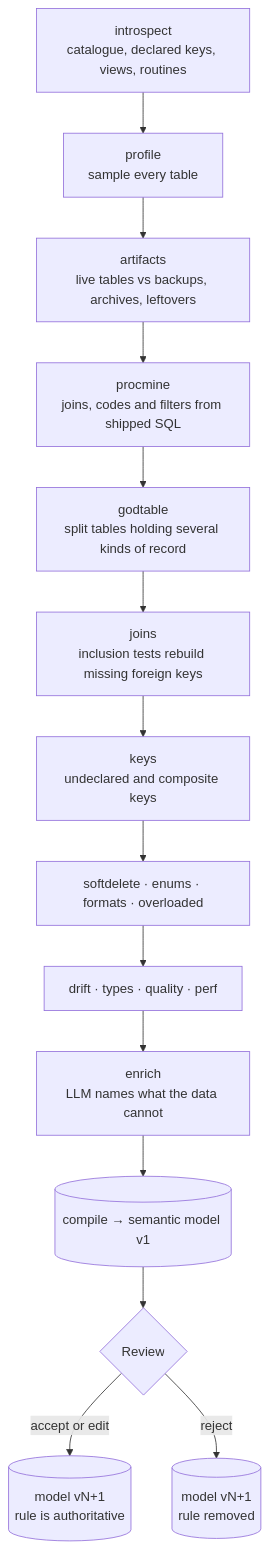
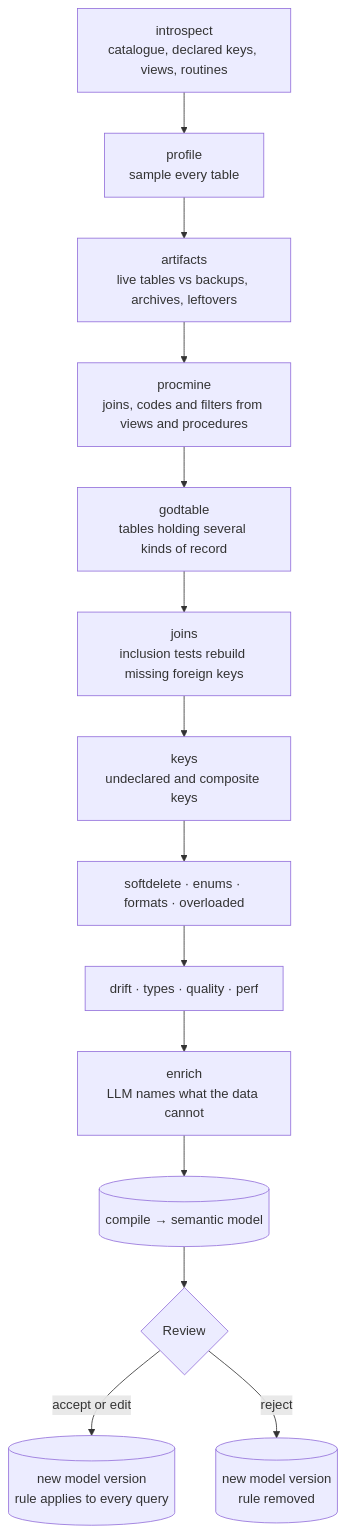
The second of 7 diagrams in README.md (waleed-w-maqbool-m/stratum), drawn with Mermaid before and after one commit. The commit also changed other lines of this file and 4 other files, not shown here.

````diff
--- a/README.md
+++ b/README.md
@@ -114,16 +114,16 @@
 ```mermaid
 flowchart TD
     A["introspect<br/>catalogue, declared keys, views, routines"] --> B["profile<br/>sample every table"]
     B --> C["artifacts<br/>live tables vs backups, archives, leftovers"]
-    C --> D["procmine<br/>joins, codes and filters from shipped SQL"]
-    D --> E["godtable<br/>split tables holding several kinds of record"]
+    C --> D["procmine<br/>joins, codes and filters from views and procedures"]
+    D --> E["godtable<br/>tables holding several kinds of record"]
     E --> F["joins<br/>inclusion tests rebuild missing foreign keys"]
     F --> G["keys<br/>undeclared and composite keys"]
     G --> H["softdelete · enums · formats · overloaded"]
     H --> I["drift · types · quality · perf"]
     I --> J["enrich<br/>LLM names what the data cannot"]
-    J --> K[("compile → semantic model v1")]
+    J --> K[("compile → semantic model")]
     K --> L{"Review"}
-    L -->|accept or edit| M[("model vN+1<br/>rule is authoritative")]
-    L -->|reject| N[("model vN+1<br/>rule removed")]
+    L -->|accept or edit| M[("new model version<br/>rule applies to every query")]
+    L -->|reject| N[("new model version<br/>rule removed")]
 ```
````
